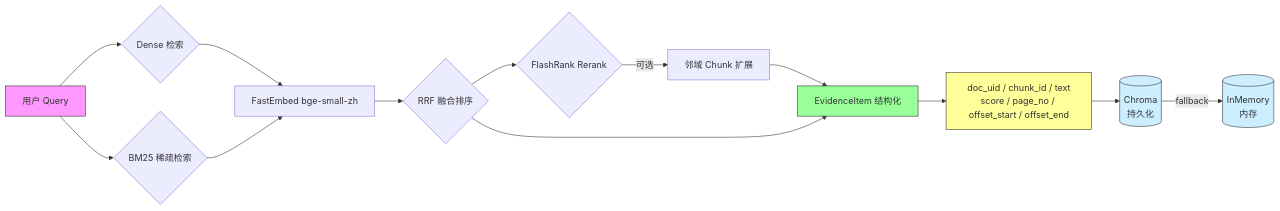
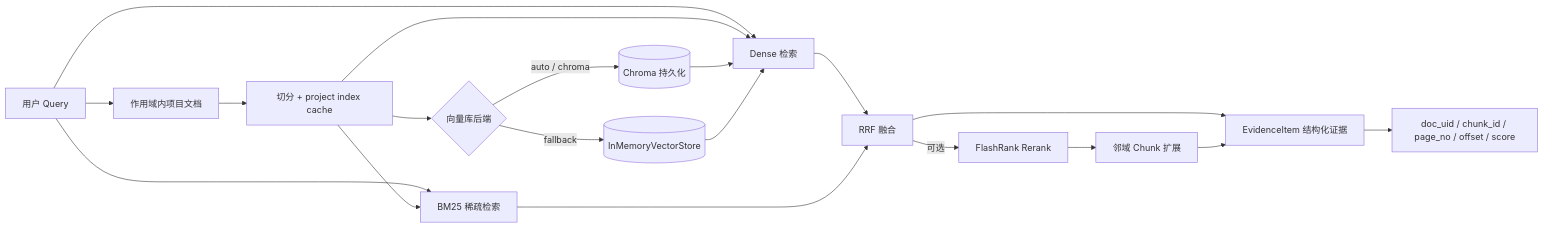
The second of 3 diagrams in README.md (0verL1nk/PaperSage), drawn with Mermaid before and after one commit. The commit also changed other lines of this file and 1 other file, not shown here.

````diff
--- a/README.md
+++ b/README.md
@@ -117,25 +123,21 @@
 ```mermaid
 flowchart LR
-    A[用户 Query] --> B{Dense 检索}
-    A --> C{BM25 稀疏检索}
-    
-    B --> D[FastEmbed bge-small-zh]
+    A[用户 Query] --> B[作用域内项目文档]
+    B --> C[切分 + project index cache]
+    A --> D[Dense 检索]
+    A --> E[BM25 稀疏检索]
     C --> D
-    
-    D --> E{RRF 融合排序}
-    E --> F{FlashRank Rerank}
-    F -->|可选| G[邻域 Chunk 扩展]
-    G --> H[EvidenceItem 结构化]
-    E --> H
-    
-    H --> I[doc_uid / chunk_id / text<br/>score / page_no / offset_start / offset_end]
-    
-    I --> J[(Chroma<br/>持久化)]
-    J -->|fallback| K[(InMemory<br/>内存)]
-    
-    style A fill:#f9f,stroke:#333
-    style H fill:#9f9,stroke:#333
-    style I fill:#ff9,stroke:#333
-    style J fill:#cef,stroke:#333
-    style K fill:#cef,stroke:#333
+    C --> E
+    C --> J{向量库后端}
+    J -->|auto / chroma| K[(Chroma 持久化)]
+    J -->|fallback| L[(InMemoryVectorStore)]
+    K --> D
+    L --> D
+    D --> F[RRF 融合]
+    E --> F
+    F -->|可选| G[FlashRank Rerank]
+    G --> H[邻域 Chunk 扩展]
+    F --> I[EvidenceItem 结构化证据]
+    H --> I
+    I --> M[doc_uid / chunk_id / page_no / offset / score]
 ```
````
